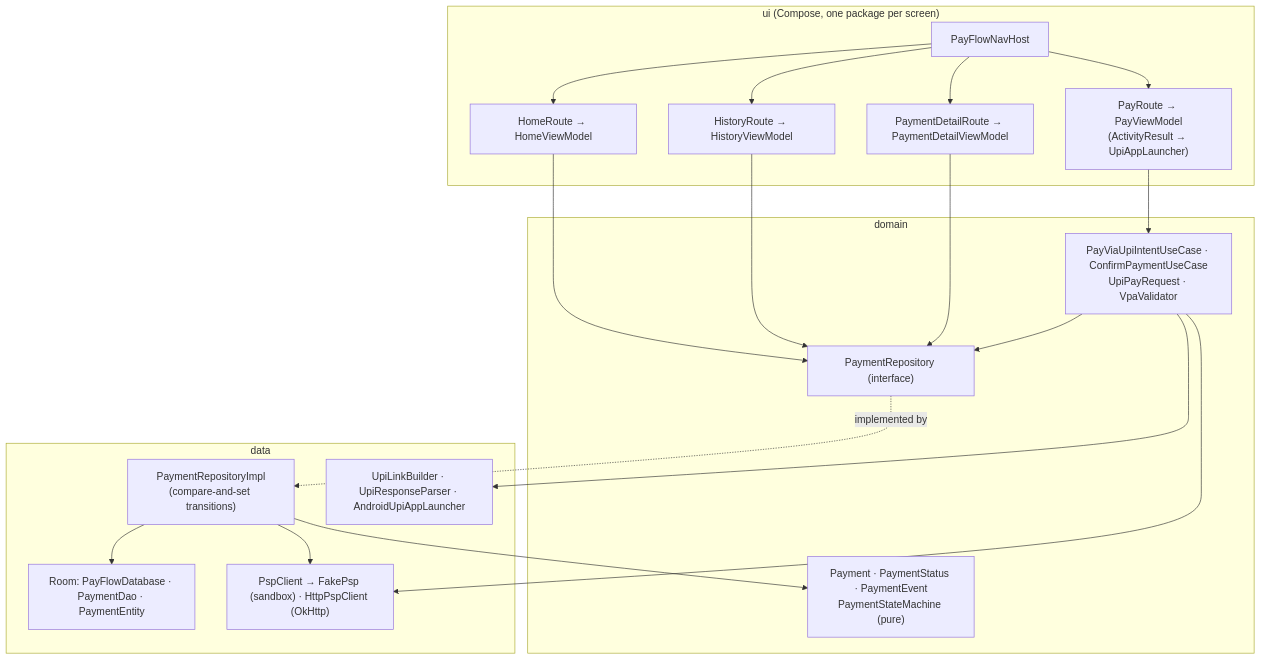
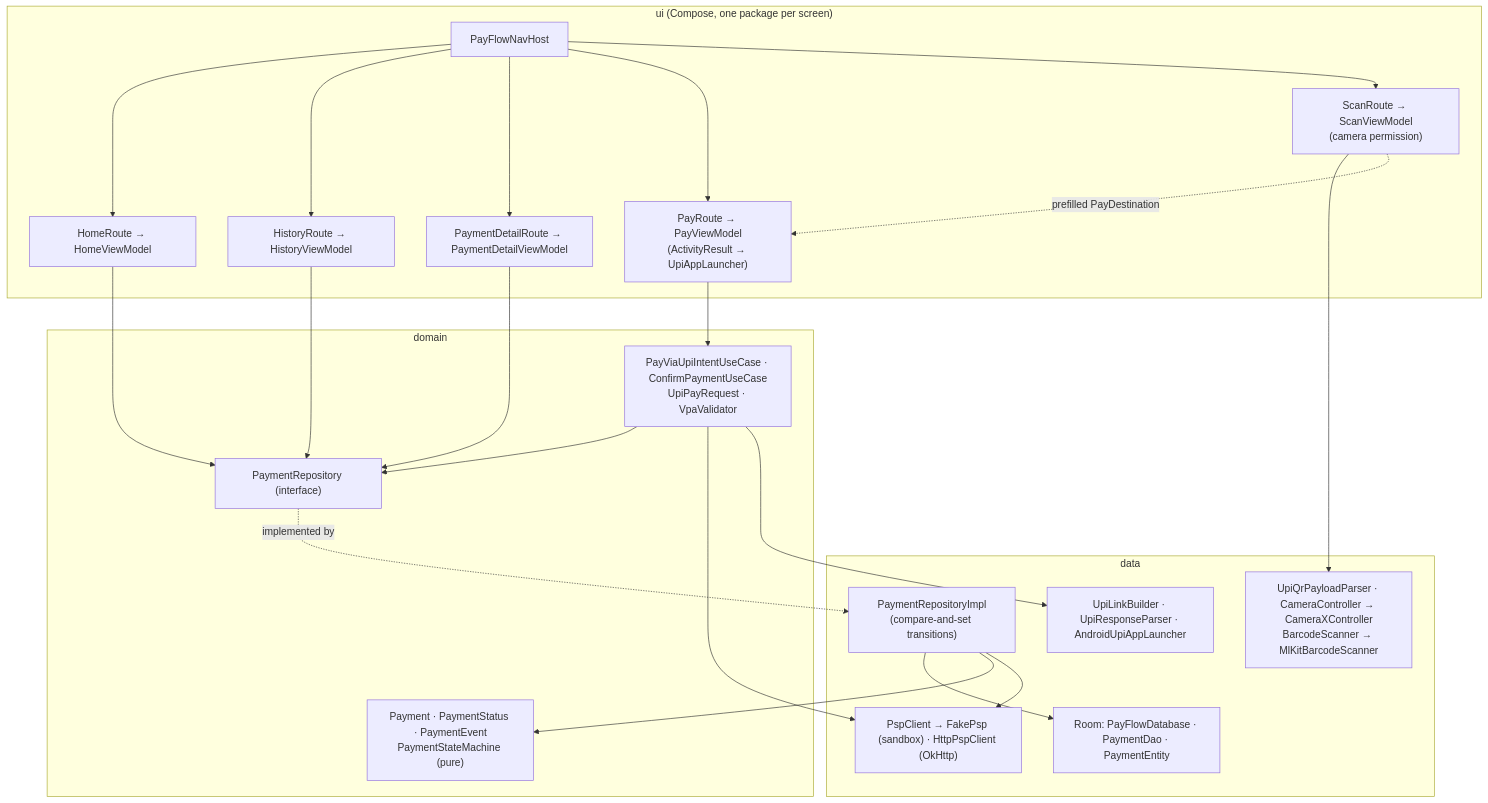
One commit to Darshan-05032003/PayFlow changed the first of 2 diagrams in README.md. Above: the diagram before and after it, drawn with Mermaid. The commit also changed other lines of this file and 29 other files, not shown here.

First line of the commit message:
feat(payflow): add QR scan-to-pay with CameraX and ML Kit

````diff
--- a/README.md
+++ b/README.md
@@ -48,30 +48,34 @@
 ```mermaid
 flowchart TB
     subgraph ui["ui (Compose, one package per screen)"]
         nav["PayFlowNavHost"]
         home["HomeRoute → HomeViewModel"]
         history["HistoryRoute → HistoryViewModel"]
         detail["PaymentDetailRoute → PaymentDetailViewModel"]
         pay["PayRoute → PayViewModel<br/>(ActivityResult → UpiAppLauncher)"]
+        scan["ScanRoute → ScanViewModel<br/>(camera permission)"]
     end
     subgraph domain["domain"]
         model["Payment · PaymentStatus · PaymentEvent<br/>PaymentStateMachine (pure)"]
         repo["PaymentRepository (interface)"]
         usecases["PayViaUpiIntentUseCase · ConfirmPaymentUseCase<br/>UpiPayRequest · VpaValidator"]
     end
     subgraph data["data"]
         repoImpl["PaymentRepositoryImpl<br/>(compare-and-set transitions)"]
         room["Room: PayFlowDatabase · PaymentDao · PaymentEntity"]
         psp["PspClient → FakePsp (sandbox) · HttpPspClient (OkHttp)"]
         upi["UpiLinkBuilder · UpiResponseParser · AndroidUpiAppLauncher"]
+        qr["UpiQrPayloadParser · CameraController → CameraXController<br/>BarcodeScanner → MlKitBarcodeScanner"]
     end
-    nav --> home & history & detail & pay
+    nav --> home & history & detail & pay & scan
+    scan --> qr
+    scan -. prefilled PayDestination .-> pay
     home & history & detail --> repo
     pay --> usecases --> repo
     usecases --> psp
     usecases --> upi
     repo -. implemented by .-> repoImpl
     repoImpl --> room
     repoImpl --> model
     repoImpl --> psp
 ```
````
